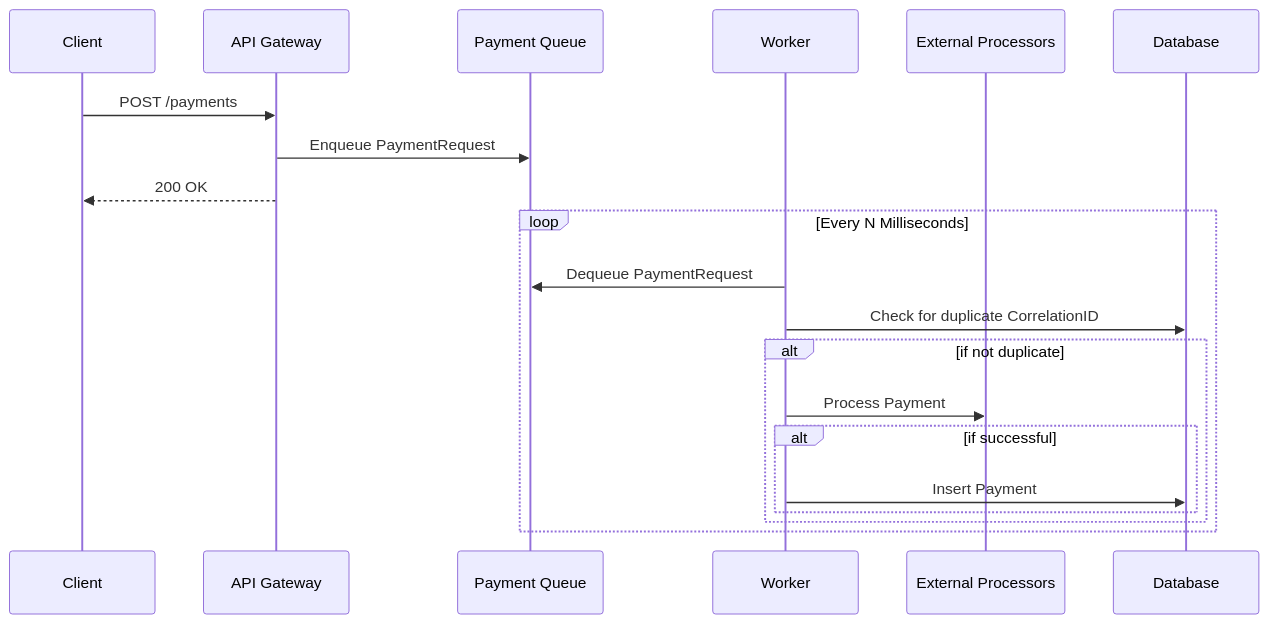
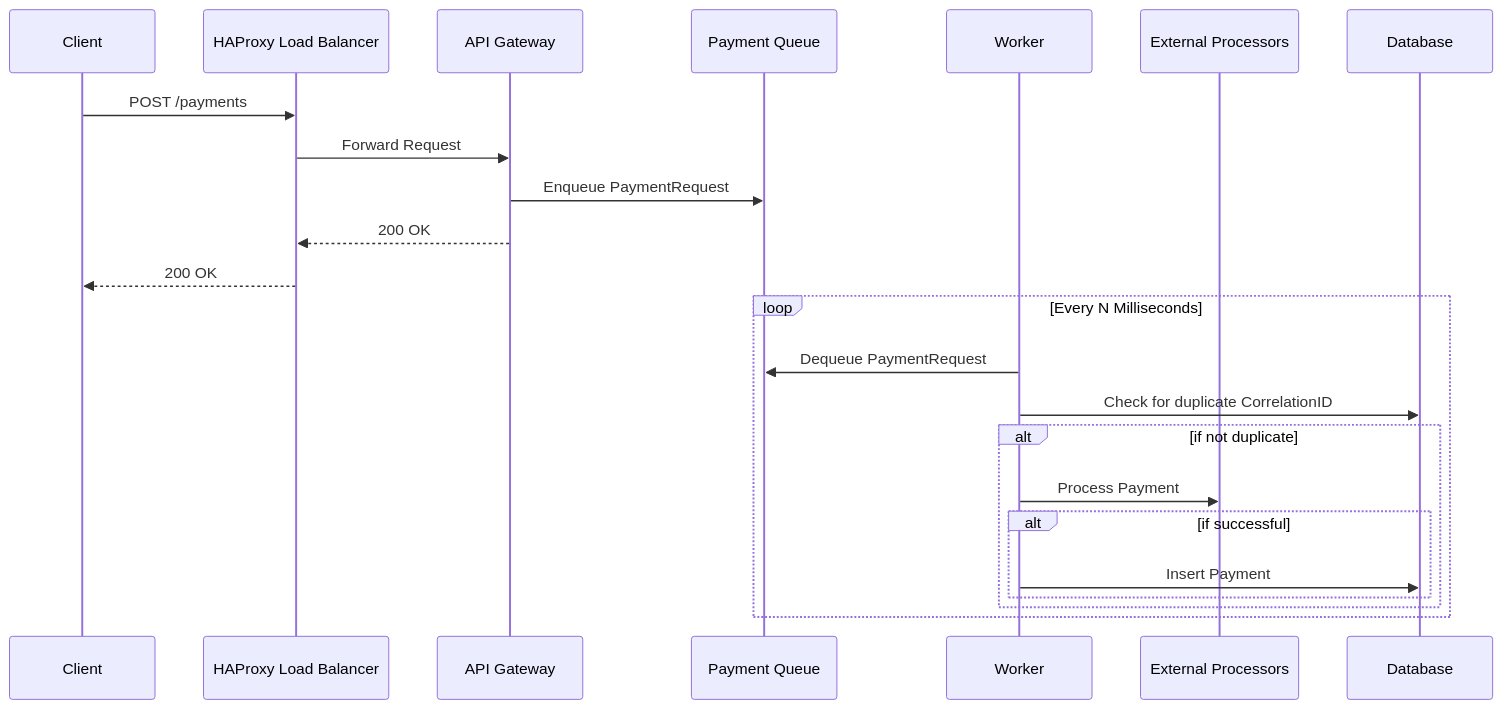
Before and after one commit to arthur-r-oliveira/rinha-backend-golang: the first of 3 diagrams in low-level-design.md, drawn with Mermaid. The commit also changed other lines of this file and 6 other files, not shown here.

````diff
--- a/low-level-design.md
+++ b/low-level-design.md
@@ -130,24 +130,27 @@
 ```mermaid
 sequenceDiagram
     participant Client
+    participant HAProxy Load Balancer
     participant API Gateway
     participant Payment Queue
     participant Worker
     participant External Processors
     participant Database
 
-    Client->>API Gateway: POST /payments
+    Client->>HAProxy Load Balancer: POST /payments
+    HAProxy Load Balancer->>API Gateway: Forward Request
     API Gateway->>Payment Queue: Enqueue PaymentRequest
-    API Gateway-->>Client: 200 OK
+    API Gateway-->>HAProxy Load Balancer: 200 OK
+    HAProxy Load Balancer-->>Client: 200 OK
 
     loop Every N Milliseconds
         Worker->>Payment Queue: Dequeue PaymentRequest
         Worker->>Database: Check for duplicate CorrelationID
         alt if not duplicate
             Worker->>External Processors: Process Payment
             alt if successful
                 Worker->>Database: Insert Payment
             end
         end
     end
 ```
````
